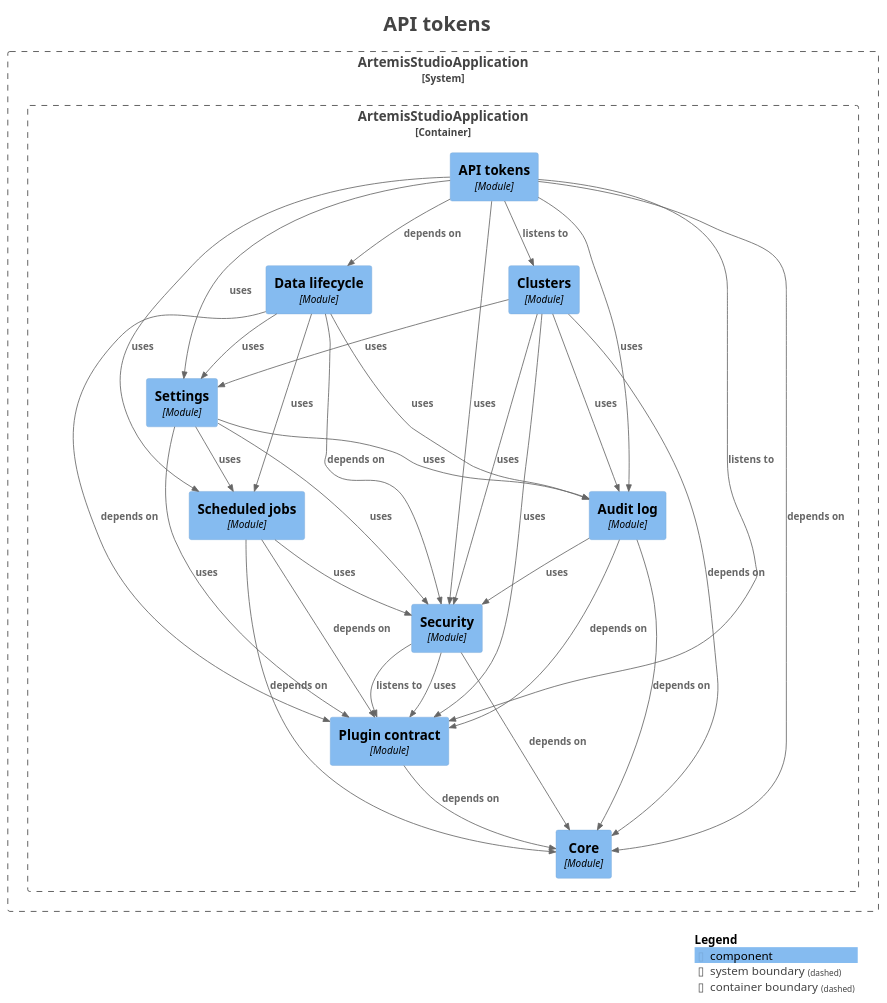
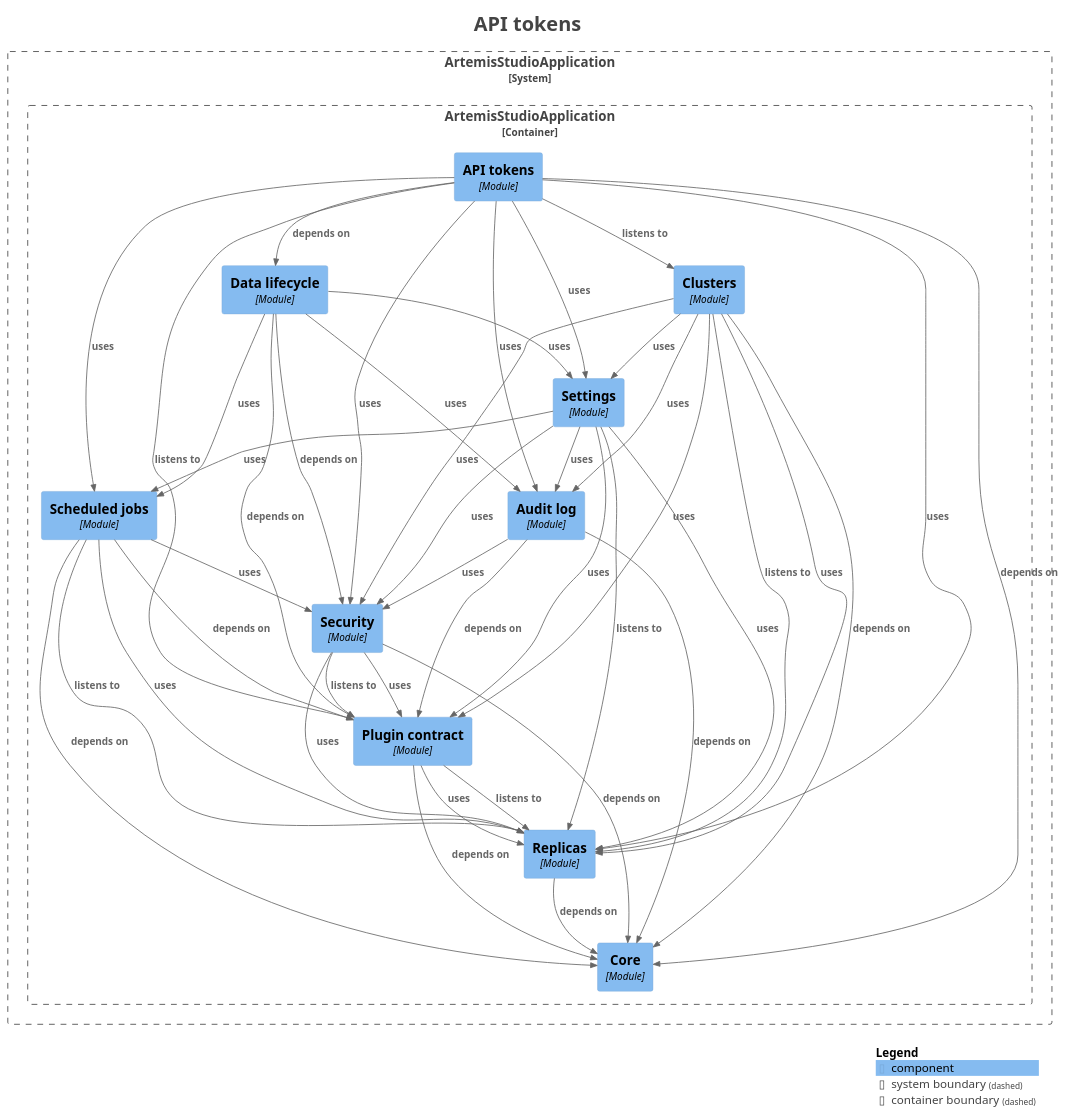
One commit to sudoitir/artemis-studio changed the diagram in docs/modules/module-feature.apitokens.puml. Above: the diagram before and after it, drawn with PlantUML. The commit also changed 50 other files, not shown here.

```diff
--- a/docs/modules/module-feature.apitokens.puml
+++ b/docs/modules/module-feature.apitokens.puml
@@ -1,68 +1,80 @@
 @startuml
 title <size:24>API tokens</size>
 
 set separator none
 top to bottom direction
 
 <style>
   root {
     BackgroundColor: #ffffff
     FontColor: #444444
   }
 </style>
 
 !include <C4/C4>
 !include <C4/C4_Context>
 !include <C4/C4_Component>
 
 System_Boundary("ArtemisStudioApplication_boundary", "ArtemisStudioApplication", $tags="") {
   Container_Boundary("ArtemisStudioApplication.ArtemisStudioApplication_boundary", "ArtemisStudioApplication", $tags="") {
+    Component(ArtemisStudioApplication.ArtemisStudioApplication.Settings, "Settings", $techn="Module", $descr="", $tags="", $link="")
     Component(ArtemisStudioApplication.ArtemisStudioApplication.Datalifecycle, "Data lifecycle", $techn="Module", $descr="", $tags="", $link="")
     Component(ArtemisStudioApplication.ArtemisStudioApplication.Clusters, "Clusters", $techn="Module", $descr="", $tags="", $link="")
     Component(ArtemisStudioApplication.ArtemisStudioApplication.APItokens, "API tokens", $techn="Module", $descr="", $tags="", $link="")
     Component(ArtemisStudioApplication.ArtemisStudioApplication.Core, "Core", $techn="Module", $descr="", $tags="", $link="")
+    Component(ArtemisStudioApplication.ArtemisStudioApplication.Replicas, "Replicas", $techn="Module", $descr="", $tags="", $link="")
     Component(ArtemisStudioApplication.ArtemisStudioApplication.Plugincontract, "Plugin contract", $techn="Module", $descr="", $tags="", $link="")
     Component(ArtemisStudioApplication.ArtemisStudioApplication.Security, "Security", $techn="Module", $descr="", $tags="", $link="")
     Component(ArtemisStudioApplication.ArtemisStudioApplication.Auditlog, "Audit log", $techn="Module", $descr="", $tags="", $link="")
     Component(ArtemisStudioApplication.ArtemisStudioApplication.Scheduledjobs, "Scheduled jobs", $techn="Module", $descr="", $tags="", $link="")
-    Component(ArtemisStudioApplication.ArtemisStudioApplication.Settings, "Settings", $techn="Module", $descr="", $tags="", $link="")
   }
 
 }
 
 Rel(ArtemisStudioApplication.ArtemisStudioApplication.APItokens, ArtemisStudioApplication.ArtemisStudioApplication.Auditlog, "uses", $techn="", $tags="", $link="")
 Rel(ArtemisStudioApplication.ArtemisStudioApplication.APItokens, ArtemisStudioApplication.ArtemisStudioApplication.Clusters, "listens to", $techn="", $tags="", $link="")
 Rel(ArtemisStudioApplication.ArtemisStudioApplication.APItokens, ArtemisStudioApplication.ArtemisStudioApplication.Core, "depends on", $techn="", $tags="", $link="")
 Rel(ArtemisStudioApplication.ArtemisStudioApplication.APItokens, ArtemisStudioApplication.ArtemisStudioApplication.Datalifecycle, "depends on", $techn="", $tags="", $link="")
 Rel(ArtemisStudioApplication.ArtemisStudioApplication.APItokens, ArtemisStudioApplication.ArtemisStudioApplication.Plugincontract, "listens to", $techn="", $tags="", $link="")
+Rel(ArtemisStudioApplication.ArtemisStudioApplication.APItokens, ArtemisStudioApplication.ArtemisStudioApplication.Replicas, "uses", $techn="", $tags="", $link="")
 Rel(ArtemisStudioApplication.ArtemisStudioApplication.APItokens, ArtemisStudioApplication.ArtemisStudioApplication.Scheduledjobs, "uses", $techn="", $tags="", $link="")
 Rel(ArtemisStudioApplication.ArtemisStudioApplication.APItokens, ArtemisStudioApplication.ArtemisStudioApplication.Security, "uses", $techn="", $tags="", $link="")
 Rel(ArtemisStudioApplication.ArtemisStudioApplication.APItokens, ArtemisStudioApplication.ArtemisStudioApplication.Settings, "uses", $techn="", $tags="", $link="")
 Rel(ArtemisStudioApplication.ArtemisStudioApplication.Auditlog, ArtemisStudioApplication.ArtemisStudioApplication.Core, "depends on", $techn="", $tags="", $link="")
 Rel(ArtemisStudioApplication.ArtemisStudioApplication.Auditlog, ArtemisStudioApplication.ArtemisStudioApplication.Plugincontract, "depends on", $techn="", $tags="", $link="")
 Rel(ArtemisStudioApplication.ArtemisStudioApplication.Auditlog, ArtemisStudioApplication.ArtemisStudioApplication.Security, "uses", $techn="", $tags="", $link="")
 Rel(ArtemisStudioApplication.ArtemisStudioApplication.Clusters, ArtemisStudioApplication.ArtemisStudioApplication.Auditlog, "uses", $techn="", $tags="", $link="")
 Rel(ArtemisStudioApplication.ArtemisStudioApplication.Clusters, ArtemisStudioApplication.ArtemisStudioApplication.Core, "depends on", $techn="", $tags="", $link="")
 Rel(ArtemisStudioApplication.ArtemisStudioApplication.Clusters, ArtemisStudioApplication.ArtemisStudioApplication.Plugincontract, "uses", $techn="", $tags="", $link="")
+Rel(ArtemisStudioApplication.ArtemisStudioApplication.Clusters, ArtemisStudioApplication.ArtemisStudioApplication.Replicas, "listens to", $techn="", $tags="", $link="")
+Rel(ArtemisStudioApplication.ArtemisStudioApplication.Clusters, ArtemisStudioApplication.ArtemisStudioApplication.Replicas, "uses", $techn="", $tags="", $link="")
 Rel(ArtemisStudioApplication.ArtemisStudioApplication.Clusters, ArtemisStudioApplication.ArtemisStudioApplication.Security, "uses", $techn="", $tags="", $link="")
 Rel(ArtemisStudioApplication.ArtemisStudioApplication.Clusters, ArtemisStudioApplication.ArtemisStudioApplication.Settings, "uses", $techn="", $tags="", $link="")
 Rel(ArtemisStudioApplication.ArtemisStudioApplication.Datalifecycle, ArtemisStudioApplication.ArtemisStudioApplication.Auditlog, "uses", $techn="", $tags="", $link="")
 Rel(ArtemisStudioApplication.ArtemisStudioApplication.Datalifecycle, ArtemisStudioApplication.ArtemisStudioApplication.Plugincontract, "depends on", $techn="", $tags="", $link="")
 Rel(ArtemisStudioApplication.ArtemisStudioApplication.Datalifecycle, ArtemisStudioApplication.ArtemisStudioApplication.Scheduledjobs, "uses", $techn="", $tags="", $link="")
 Rel(ArtemisStudioApplication.ArtemisStudioApplication.Datalifecycle, ArtemisStudioApplication.ArtemisStudioApplication.Security, "depends on", $techn="", $tags="", $link="")
 Rel(ArtemisStudioApplication.ArtemisStudioApplication.Datalifecycle, ArtemisStudioApplication.ArtemisStudioApplication.Settings, "uses", $techn="", $tags="", $link="")
 Rel(ArtemisStudioApplication.ArtemisStudioApplication.Plugincontract, ArtemisStudioApplication.ArtemisStudioApplication.Core, "depends on", $techn="", $tags="", $link="")
+Rel(ArtemisStudioApplication.ArtemisStudioApplication.Plugincontract, ArtemisStudioApplication.ArtemisStudioApplication.Replicas, "listens to", $techn="", $tags="", $link="")
+Rel(ArtemisStudioApplication.ArtemisStudioApplication.Plugincontract, ArtemisStudioApplication.ArtemisStudioApplication.Replicas, "uses", $techn="", $tags="", $link="")
+Rel(ArtemisStudioApplication.ArtemisStudioApplication.Replicas, ArtemisStudioApplication.ArtemisStudioApplication.Core, "depends on", $techn="", $tags="", $link="")
 Rel(ArtemisStudioApplication.ArtemisStudioApplication.Scheduledjobs, ArtemisStudioApplication.ArtemisStudioApplication.Core, "depends on", $techn="", $tags="", $link="")
 Rel(ArtemisStudioApplication.ArtemisStudioApplication.Scheduledjobs, ArtemisStudioApplication.ArtemisStudioApplication.Plugincontract, "depends on", $techn="", $tags="", $link="")
+Rel(ArtemisStudioApplication.ArtemisStudioApplication.Scheduledjobs, ArtemisStudioApplication.ArtemisStudioApplication.Replicas, "listens to", $techn="", $tags="", $link="")
+Rel(ArtemisStudioApplication.ArtemisStudioApplication.Scheduledjobs, ArtemisStudioApplication.ArtemisStudioApplication.Replicas, "uses", $techn="", $tags="", $link="")
 Rel(ArtemisStudioApplication.ArtemisStudioApplication.Scheduledjobs, ArtemisStudioApplication.ArtemisStudioApplication.Security, "uses", $techn="", $tags="", $link="")
 Rel(ArtemisStudioApplication.ArtemisStudioApplication.Security, ArtemisStudioApplication.ArtemisStudioApplication.Core, "depends on", $techn="", $tags="", $link="")
 Rel(ArtemisStudioApplication.ArtemisStudioApplication.Security, ArtemisStudioApplication.ArtemisStudioApplication.Plugincontract, "listens to", $techn="", $tags="", $link="")
 Rel(ArtemisStudioApplication.ArtemisStudioApplication.Security, ArtemisStudioApplication.ArtemisStudioApplication.Plugincontract, "uses", $techn="", $tags="", $link="")
+Rel(ArtemisStudioApplication.ArtemisStudioApplication.Security, ArtemisStudioApplication.ArtemisStudioApplication.Replicas, "uses", $techn="", $tags="", $link="")
 Rel(ArtemisStudioApplication.ArtemisStudioApplication.Settings, ArtemisStudioApplication.ArtemisStudioApplication.Auditlog, "uses", $techn="", $tags="", $link="")
 Rel(ArtemisStudioApplication.ArtemisStudioApplication.Settings, ArtemisStudioApplication.ArtemisStudioApplication.Plugincontract, "uses", $techn="", $tags="", $link="")
+Rel(ArtemisStudioApplication.ArtemisStudioApplication.Settings, ArtemisStudioApplication.ArtemisStudioApplication.Replicas, "listens to", $techn="", $tags="", $link="")
+Rel(ArtemisStudioApplication.ArtemisStudioApplication.Settings, ArtemisStudioApplication.ArtemisStudioApplication.Replicas, "uses", $techn="", $tags="", $link="")
 Rel(ArtemisStudioApplication.ArtemisStudioApplication.Settings, ArtemisStudioApplication.ArtemisStudioApplication.Scheduledjobs, "uses", $techn="", $tags="", $link="")
 Rel(ArtemisStudioApplication.ArtemisStudioApplication.Settings, ArtemisStudioApplication.ArtemisStudioApplication.Security, "uses", $techn="", $tags="", $link="")
 
 SHOW_LEGEND(true)
 hide stereotypes
 @enduml
```
